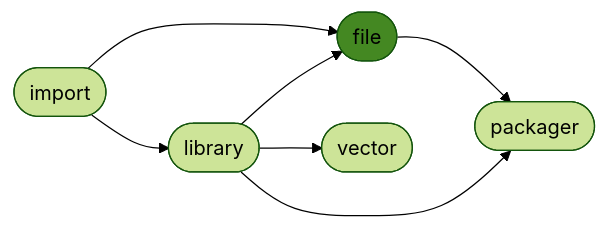
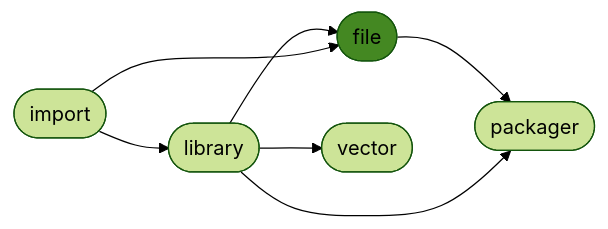
The diagram in README.md (ManderaGeneral/generalfile), drawn with Mermaid (forest theme) before and after one commit. The commit also changed other lines of this file, not shown here.

````diff
--- a/README.md
+++ b/README.md
@@ -24,15 +24,15 @@
 ```mermaid
 flowchart LR
-0([import]) --> 1([library])
+1([library]) --> 2([file])
 2([file]) --> 4([packager])
 1([library]) --> 4([packager])
+0([import]) --> 1([library])
+1([library]) --> 3([vector])
 0([import]) --> 2([file])
-1([library]) --> 3([vector])
-1([library]) --> 2([file])
 click 0 "https://github.com/ManderaGeneral/generalimport"
 click 1 "https://github.com/ManderaGeneral/generallibrary"
 click 2 "https://github.com/ManderaGeneral/generalfile"
 click 3 "https://github.com/ManderaGeneral/generalvector"
 click 4 "https://github.com/ManderaGeneral/generalpackager"
 style 2 fill:#482
 ```
````
